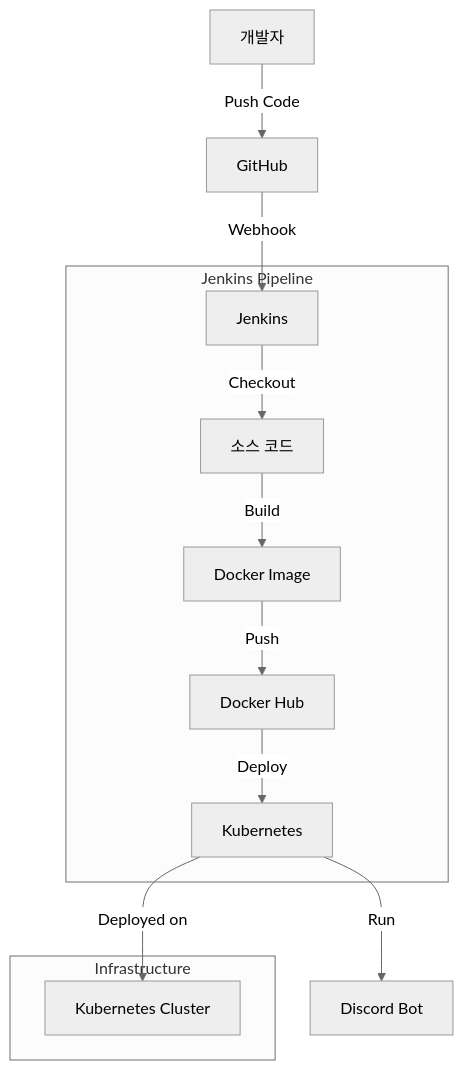
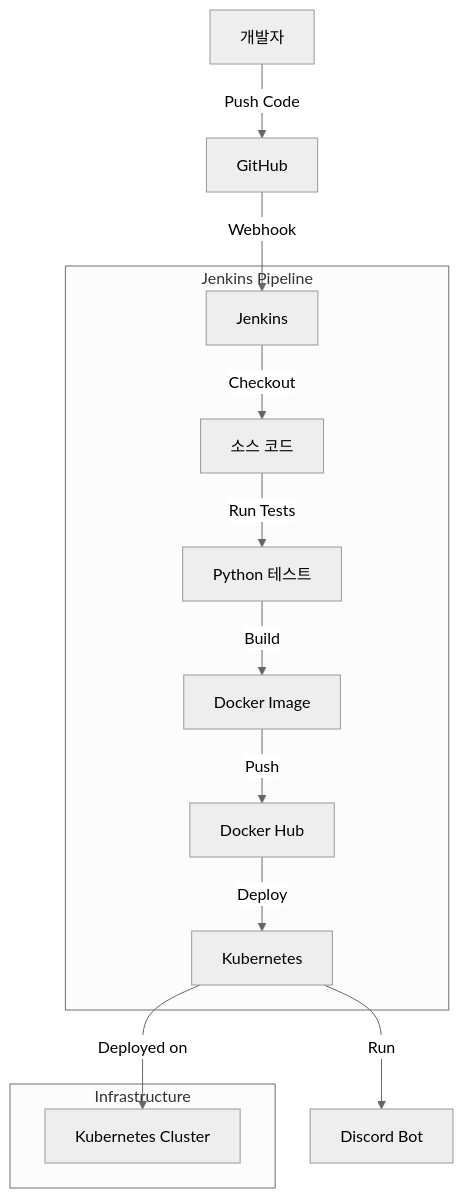
One commit to ashcircle03/devops-stack-learning changed the diagram in README.md. Above: the diagram before and after it, drawn with Mermaid (neutral theme). The commit also changed other lines of this file, not shown here.

````diff
--- a/README.md
+++ b/README.md
@@ -109,24 +112,26 @@
 ```mermaid
 graph TD
     A[개발자] -->|Push Code| B[GitHub]
     B -->|Webhook| C[Jenkins]
     C -->|Checkout| D[소스 코드]
-    D -->|Build| E[Docker Image]
-    E -->|Push| F[Docker Hub]
-    F -->|Deploy| G[Kubernetes]
-    G -->|Run| H[Discord Bot]
+    D -->|Run Tests| E[Python 테스트]
+    E -->|Build| F[Docker Image]
+    F -->|Push| G[Docker Hub]
+    G -->|Deploy| H[Kubernetes]
+    H -->|Run| I[Discord Bot]
     
     subgraph "Jenkins Pipeline"
     C
     D
     E
     F
     G
+    H
     end
     
     subgraph "Infrastructure"
     J[Kubernetes Cluster]
     end
     
-    G -->|Deployed on| J
+    H -->|Deployed on| J
 ```
````
